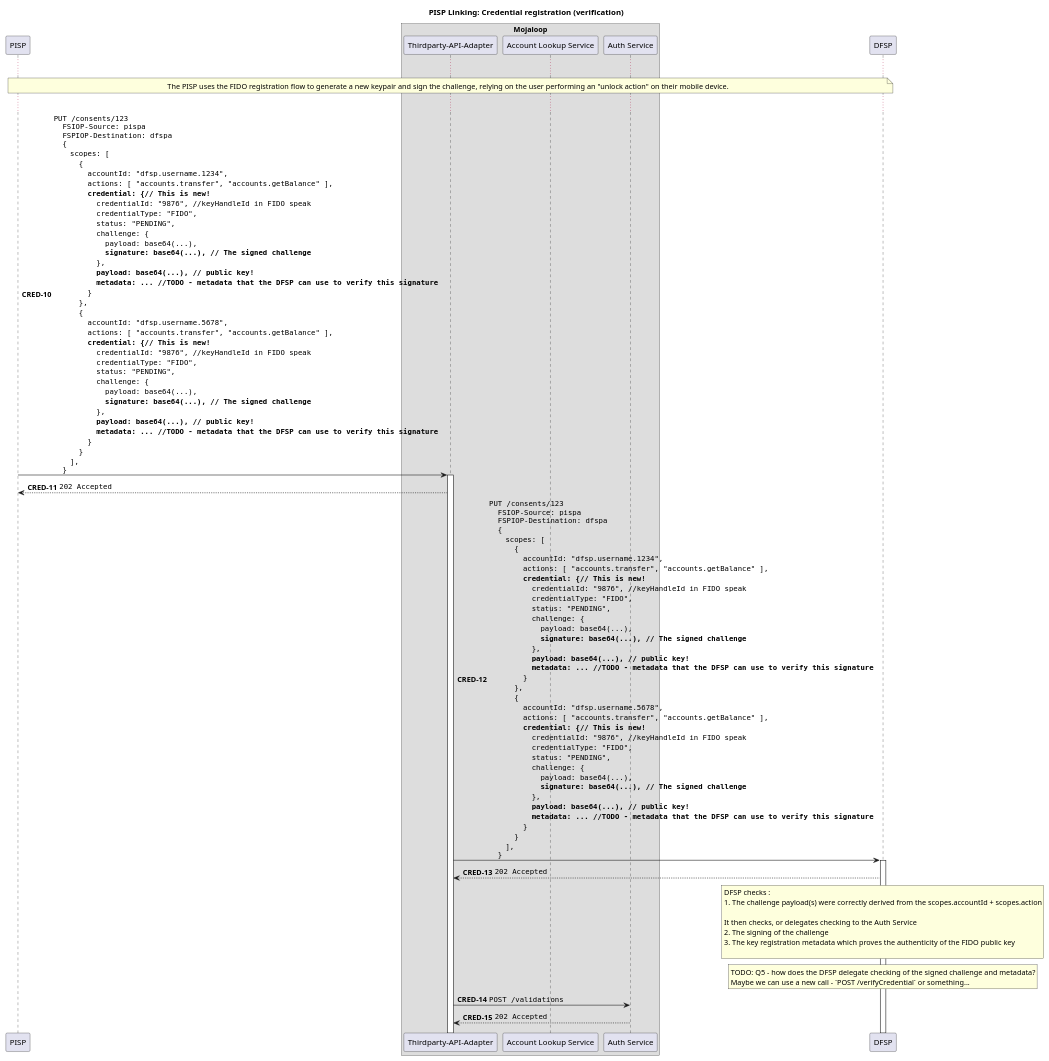
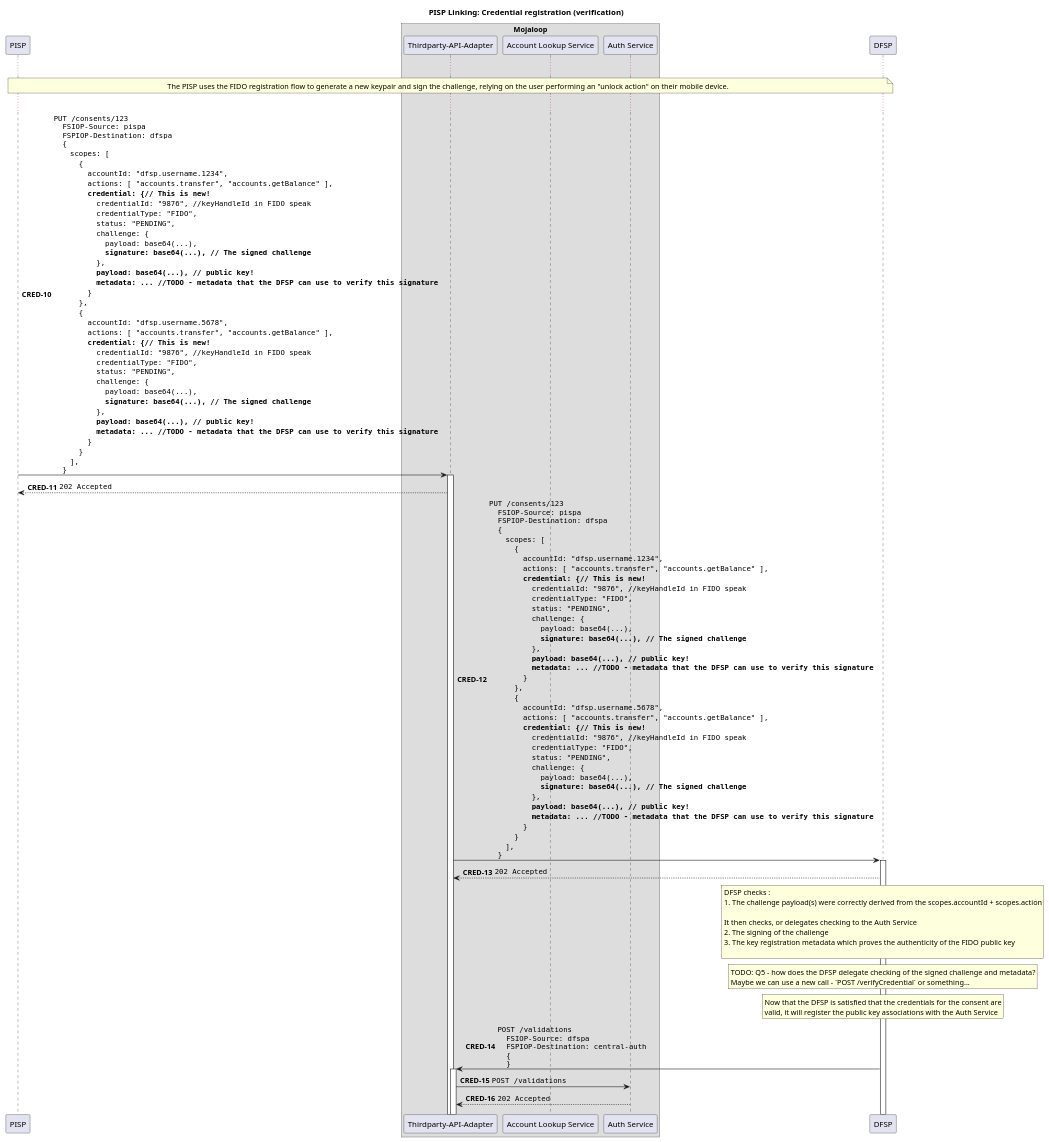
Before and after one commit to mojaloop/pisp-project: the diagram in docs/linking/5b-credential-registration.puml, drawn with PlantUML.

Commit message:
updating sequences

```diff
--- a/docs/linking/5b-credential-registration.puml
+++ b/docs/linking/5b-credential-registration.puml
@@ -136,18 +136,18 @@
   Maybe we can use a new call - `POST /verifyCredential` or something...
 end note
 
-' ' TODO: DFSP checks the signing of the challenge, and authenticity of credentials
+' ' TODO: Q5: DFSP checks the signing of the challenge, and authenticity of credentials
 ' ' or asks the Auth Service to do it on it's behalf
-' rnote over DFSP
-'   Now that the DFSP is satisfied that the credentials for the consent are
-'   valid, it will register the public key associations with the Auth Service
-' end note
+rnote over DFSP
+  Now that the DFSP is satisfied that the credentials for the consent are
+  valid, it will register the public key associations with the Auth Service
+end note
 
 ' TODO: what is the payload here? Should 
-' DFSP -> Switch: ""POST /validations"" \n\
-' ""  FSIOP-Source: dfspa""\n\
-' ""  FSPIOP-Destination: central-auth""\n\
-' ""  {""\n\
+DFSP -> Switch ++: ""POST /validations"" \n\
+""  FSIOP-Source: dfspa""\n\
+""  FSPIOP-Destination: central-auth""\n\
+""  {""\n\
     ' ""  scopes: [""\n\
     ' ""    {""\n\
     ' ' TODO: Q1: Should we also already have the partyIdInfo here? I think Yes
@@ -188,7 +188,7 @@
     ' ""      }""\n\
     ' ""    }""\n\
     ' ""  ],""\n\
-' ""  }""
+""  }""
 
 ' Switch --> DFSP: ""202 Accepted""
 
```
